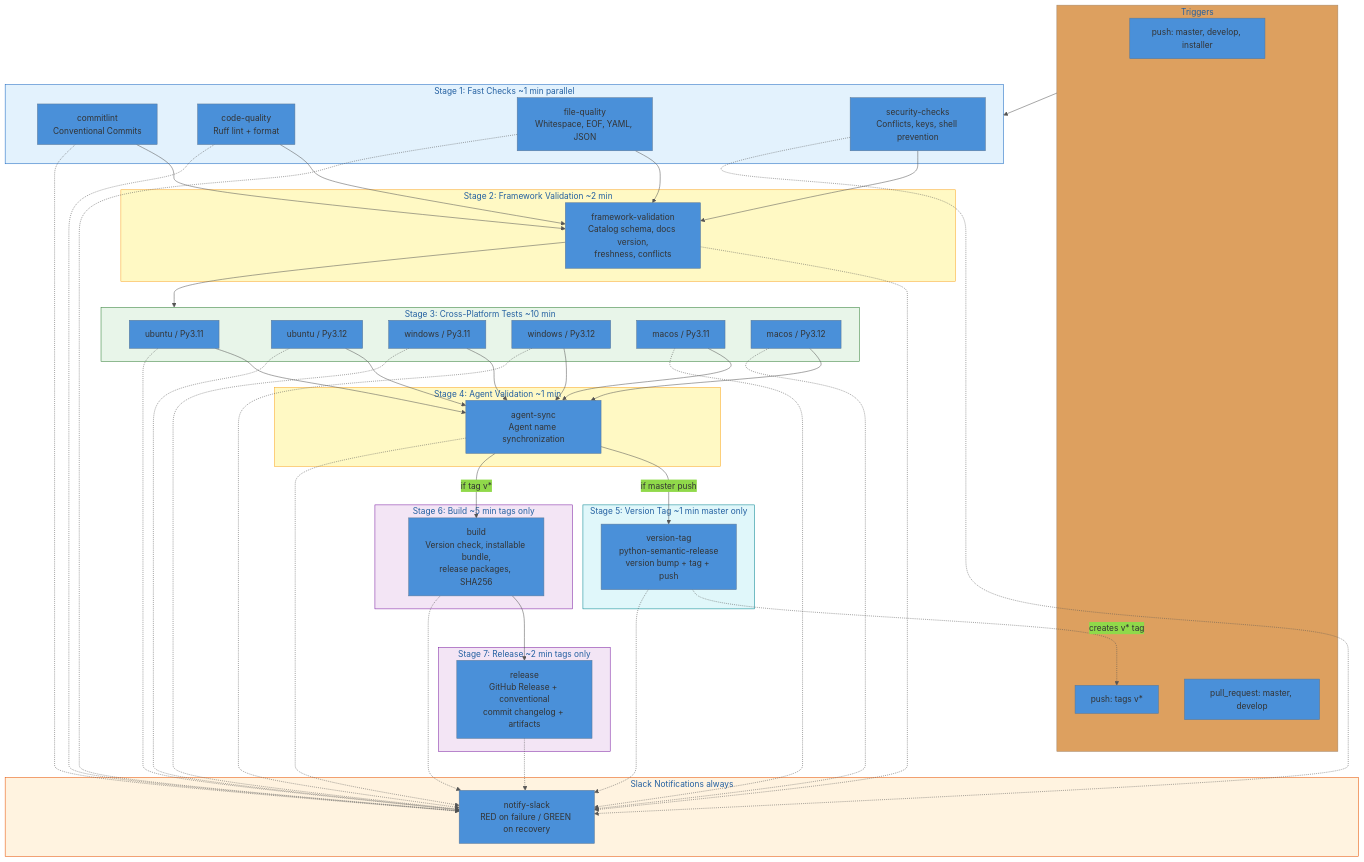
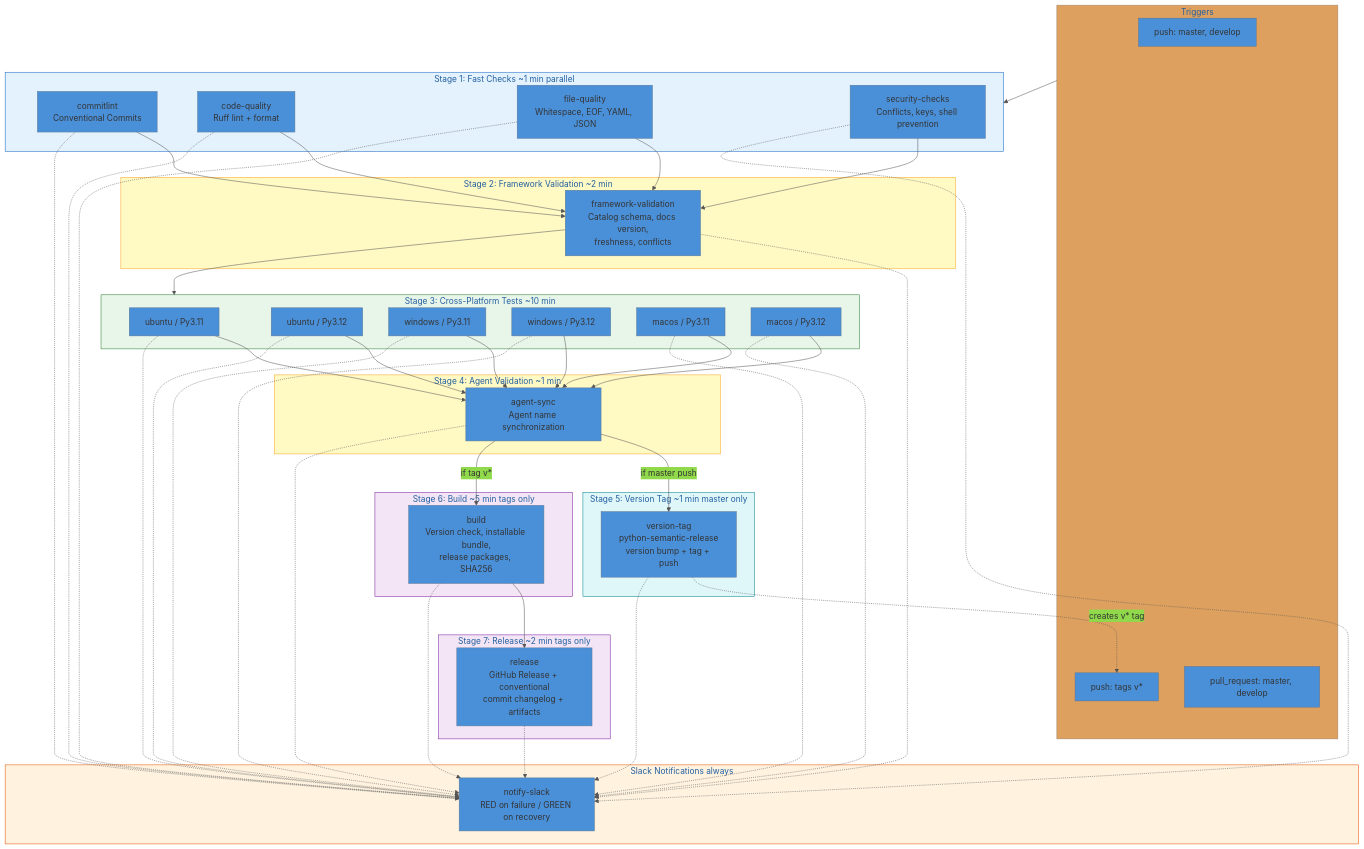
The diagram in .github/workflows/README.md (11PJ11/crafter-ai), drawn with Mermaid before and after one commit. The commit also changed other lines of this file and 1 other file, not shown here.

Commit message:
ci: remove temporary installer branch from push triggers
The installer branch was added temporarily for direct CI feedback
during development. Now that PR #5 exists, the pull_request trigger
provides coverage. Removes duplicate pipeline runs on push.

````diff
--- a/.github/workflows/README.md
+++ b/.github/workflows/README.md
@@ -8,74 +8,74 @@
 ```mermaid
 %%{init: {'theme': 'base', 'themeVariables': {'primaryColor': '#4A90D9', 'lineColor': '#555'}}}%%
 flowchart TD
     subgraph trigger["Triggers"]
-        T1["push: master, develop, installer"]
+        T1["push: master, develop"]
         T2["push: tags v*"]
         T3["pull_request: master, develop"]
     end
 
     subgraph stage1["Stage 1: Fast Checks  ~1 min  parallel"]
         style stage1 fill:#E3F2FD,stroke:#1565C0
         CL["commitlint<br/>Conventional Commits"]
         CQ["code-quality<br/>Ruff lint + format"]
         FQ["file-quality<br/>Whitespace, EOF, YAML, JSON"]
         SC["security-checks<br/>Conflicts, keys, shell prevention"]
     end
 
     subgraph stage2["Stage 2: Framework Validation  ~2 min"]
         style stage2 fill:#FFF9C4,stroke:#F9A825
         FV["framework-validation<br/>Catalog schema, docs version,<br/>freshness, conflicts"]
     end
 
     subgraph stage3["Stage 3: Cross-Platform Tests  ~10 min"]
         style stage3 fill:#E8F5E9,stroke:#2E7D32
         T_UL11["ubuntu / Py3.11"]
         T_UL12["ubuntu / Py3.12"]
         T_WL11["windows / Py3.11"]
         T_WL12["windows / Py3.12"]
         T_ML11["macos / Py3.11"]
         T_ML12["macos / Py3.12"]
     end
 
     subgraph stage4["Stage 4: Agent Validation  ~1 min"]
         style stage4 fill:#FFF9C4,stroke:#F9A825
         AS["agent-sync<br/>Agent name synchronization"]
     end
 
     subgraph stage5["Stage 5: Version Tag  ~1 min  master only"]
         style stage5 fill:#E0F7FA,stroke:#00838F
         VT["version-tag<br/>python-semantic-release<br/>version bump + tag + push"]
     end
 
     subgraph stage6["Stage 6: Build  ~5 min  tags only"]
         style stage6 fill:#F3E5F5,stroke:#7B1FA2
         BD["build<br/>Version check, installable bundle,<br/>release packages, SHA256"]
     end
 
     subgraph stage7["Stage 7: Release  ~2 min  tags only"]
         style stage7 fill:#F3E5F5,stroke:#7B1FA2
         RL["release<br/>GitHub Release + conventional<br/>commit changelog + artifacts"]
     end
 
     subgraph notify["Slack Notifications  always"]
         style notify fill:#FFF3E0,stroke:#E65100
         NS["notify-slack<br/>RED on failure / GREEN on recovery"]
     end
 
     trigger --> stage1
     CL & CQ & FQ & SC --> FV
     FV --> stage3
     T_UL11 & T_UL12 & T_WL11 & T_WL12 & T_ML11 & T_ML12 --> AS
     AS -->|"if master push"| VT
     VT -.->|"creates v* tag"| T2
     AS -->|"if tag v*"| BD
     BD --> RL
 
     CL & CQ & FQ & SC -.-> NS
     FV -.-> NS
     T_UL11 & T_UL12 & T_WL11 & T_WL12 & T_ML11 & T_ML12 -.-> NS
     AS -.-> NS
     VT -.-> NS
     BD -.-> NS
     RL -.-> NS
 ```
````
